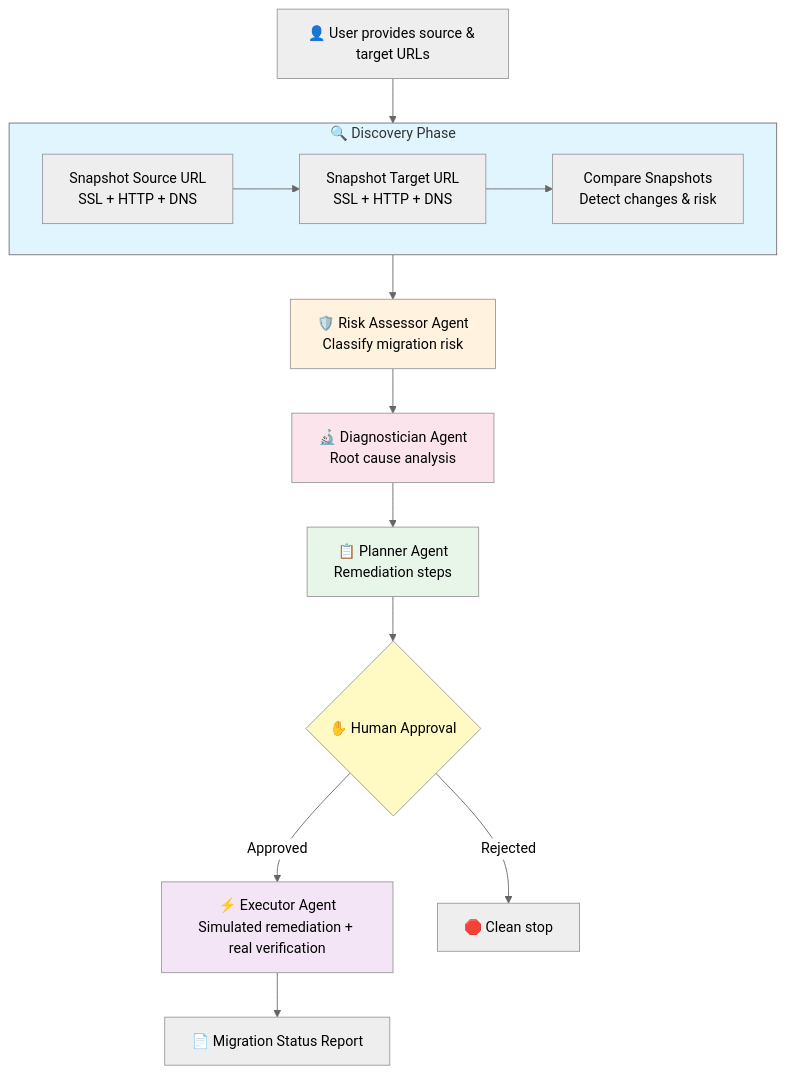
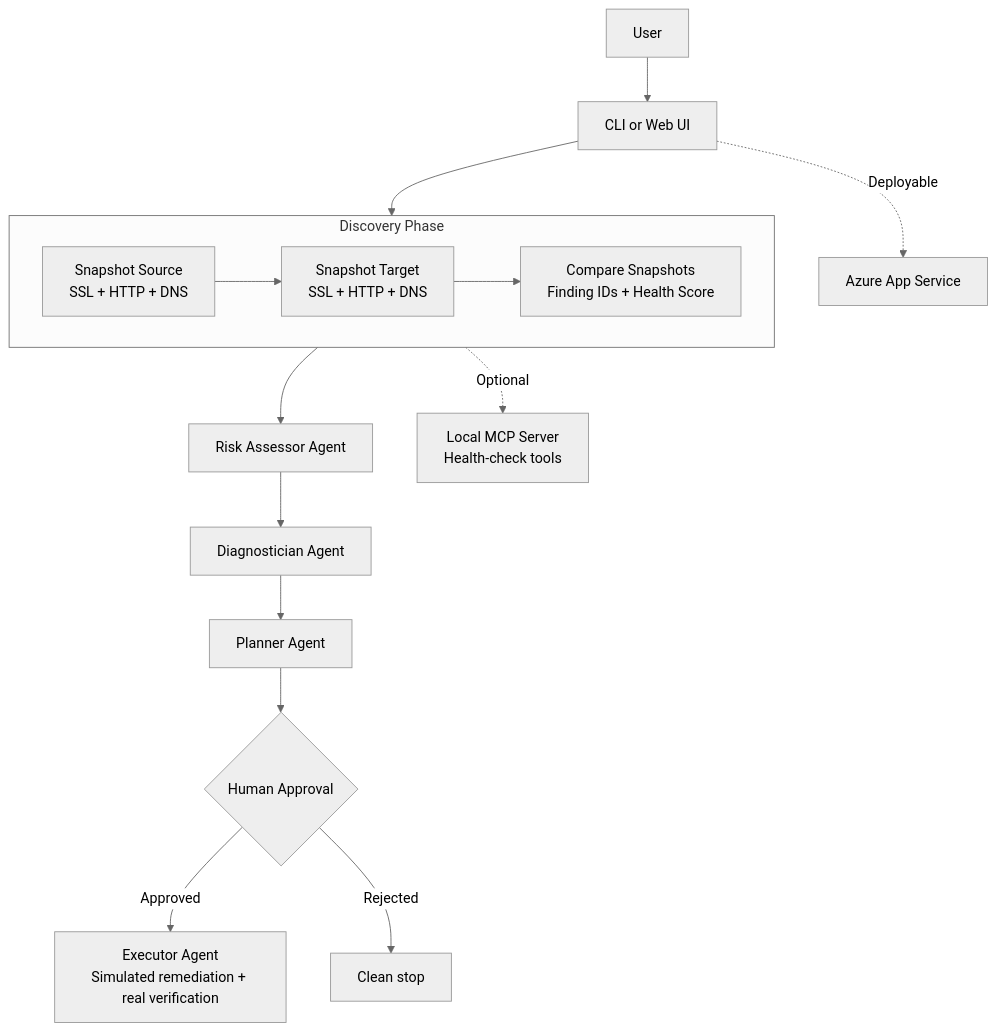
One commit to shahaman098/MigrationOps-Copilot changed the diagram in README.md. Above: the diagram before and after it, drawn with Mermaid (neutral theme). The commit also changed other lines of this file and 25 other files, not shown here.

````diff
--- a/README.md
+++ b/README.md
@@ -17,24 +18,20 @@
 ```mermaid
 flowchart TD
-    U["👤 User provides source & target URLs"] --> D["🔍 Discovery Phase"]
-    
-    subgraph D["🔍 Discovery Phase"]
-        S1["Snapshot Source URL<br/>SSL + HTTP + DNS"] --> S2["Snapshot Target URL<br/>SSL + HTTP + DNS"]
-        S2 --> CMP["Compare Snapshots<br/>Detect changes & risk"]
+    U["User"] --> E["CLI or Web UI"]
+    E --> D["Discovery Phase"]
+
+    subgraph D["Discovery Phase"]
+        S1["Snapshot Source<br/>SSL + HTTP + DNS"] --> S2["Snapshot Target<br/>SSL + HTTP + DNS"]
+        S2 --> CMP["Compare Snapshots<br/>Finding IDs + Health Score"]
     end
-    
-    D --> RA["🛡️ Risk Assessor Agent<br/>Classify migration risk"]
-    RA --> DX["🔬 Diagnostician Agent<br/>Root cause analysis"]
-    DX --> PL["📋 Planner Agent<br/>Remediation steps"]
-    PL --> AP{"✋ Human Approval"}
-    AP -->|Approved| EX["⚡ Executor Agent<br/>Simulated remediation + real verification"]
-    AP -->|Rejected| STOP["🛑 Clean stop"]
-    EX --> RPT["📄 Migration Status Report"]
 
-    style D fill:#e1f5fe
-    style RA fill:#fff3e0
-    style DX fill:#fce4ec
-    style PL fill:#e8f5e9
-    style EX fill:#f3e5f5
-    style AP fill:#fff9c4
+    D --> RA["Risk Assessor Agent"]
+    RA --> DX["Diagnostician Agent"]
+    DX --> PL["Planner Agent"]
+    PL --> AP{"Human Approval"}
+    AP -->|Approved| EX["Executor Agent<br/>Simulated remediation + real verification"]
+    AP -->|Rejected| STOP["Clean stop"]
+
+    D -. Optional .-> MCP["Local MCP Server<br/>Health-check tools"]
+    E -. Deployable .-> AZ["Azure App Service"]
 ```
````
